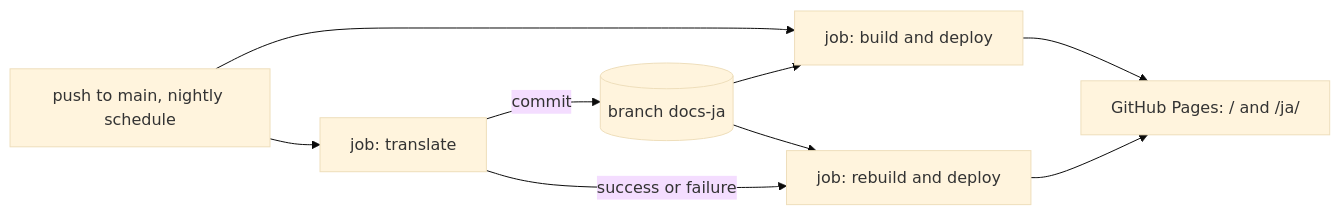
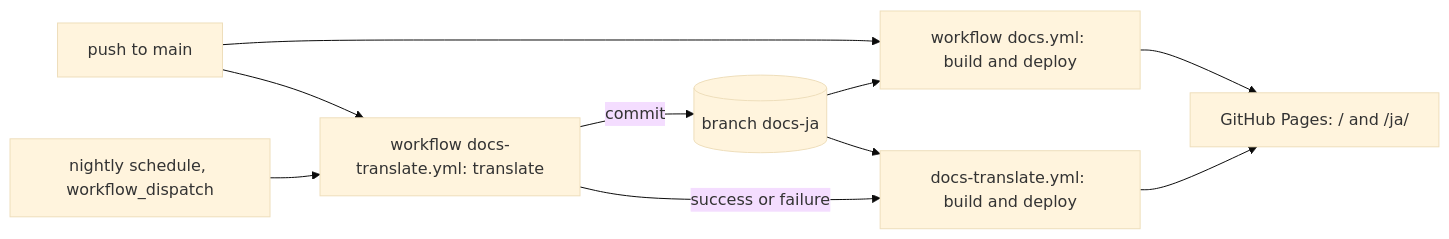
Before and after one commit to syudead/vv: the diagram in specs/034-english-docs/research.md, drawn with Mermaid (base theme). The commit also changed other lines of this file and 2 other files, not shown here.

First line of the commit message:
Plan: separate translation workflow, nest alt text, add ARCHITECTURE.md to path filters

````diff
--- a/specs/034-english-docs/research.md
+++ b/specs/034-english-docs/research.md
@@ -155,11 +155,12 @@
 ```mermaid
 flowchart LR
-  push[push to main, nightly schedule] --> build[job: build and deploy]
-  push --> tr[job: translate]
-  ja[(branch docs-ja)] --> build
+  push[push to main] --> docs[workflow docs.yml: build and deploy]
+  ja[(branch docs-ja)] --> docs
+  push --> tr[workflow docs-translate.yml: translate]
+  sched[nightly schedule, workflow_dispatch] --> tr
   tr -->|commit| ja
-  tr -->|success or failure| rebuild[job: rebuild and deploy]
+  tr -->|success or failure| rebuild[docs-translate.yml: build and deploy]
   ja --> rebuild
-  build --> pages[GitHub Pages: / and /ja/]
+  docs --> pages[GitHub Pages: / and /ja/]
   rebuild --> pages
 ```
````
